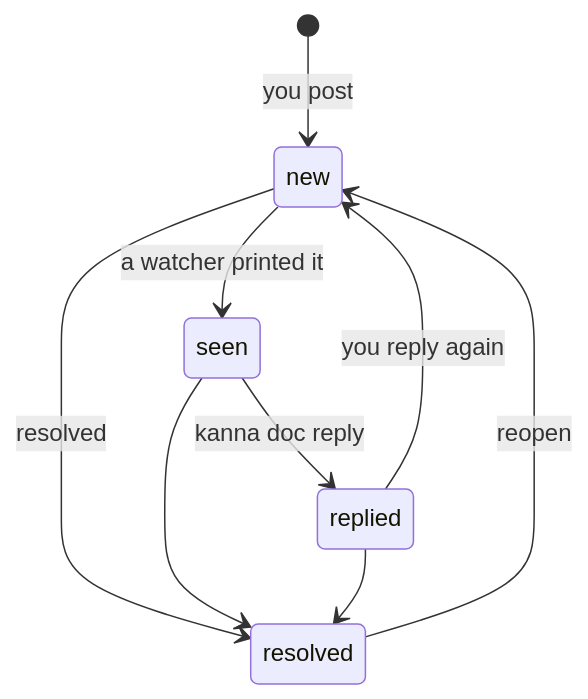
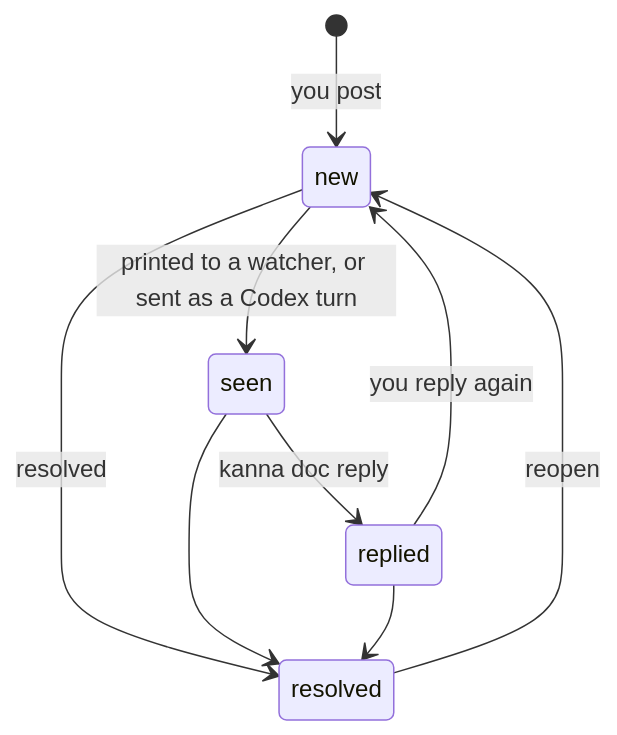
One commit to jemdiggity/kanna-v4 changed the third of 4 diagrams in docs/specs/doc-markup.md. Above: the diagram before and after it, drawn with Mermaid. The commit also changed other lines of this file and 3 other files, not shown here.

````diff
--- a/docs/specs/doc-markup.md
+++ b/docs/specs/doc-markup.md
@@ -54,11 +72,11 @@
 ```mermaid
 stateDiagram-v2
     [*] --> new: you post
-    new --> seen: a watcher printed it
+    new --> seen: printed to a watcher, or sent as a Codex turn
     seen --> replied: kanna doc reply
     replied --> new: you reply again
     new --> resolved: resolved
     seen --> resolved
     replied --> resolved
     resolved --> new: reopen
 ```
````
